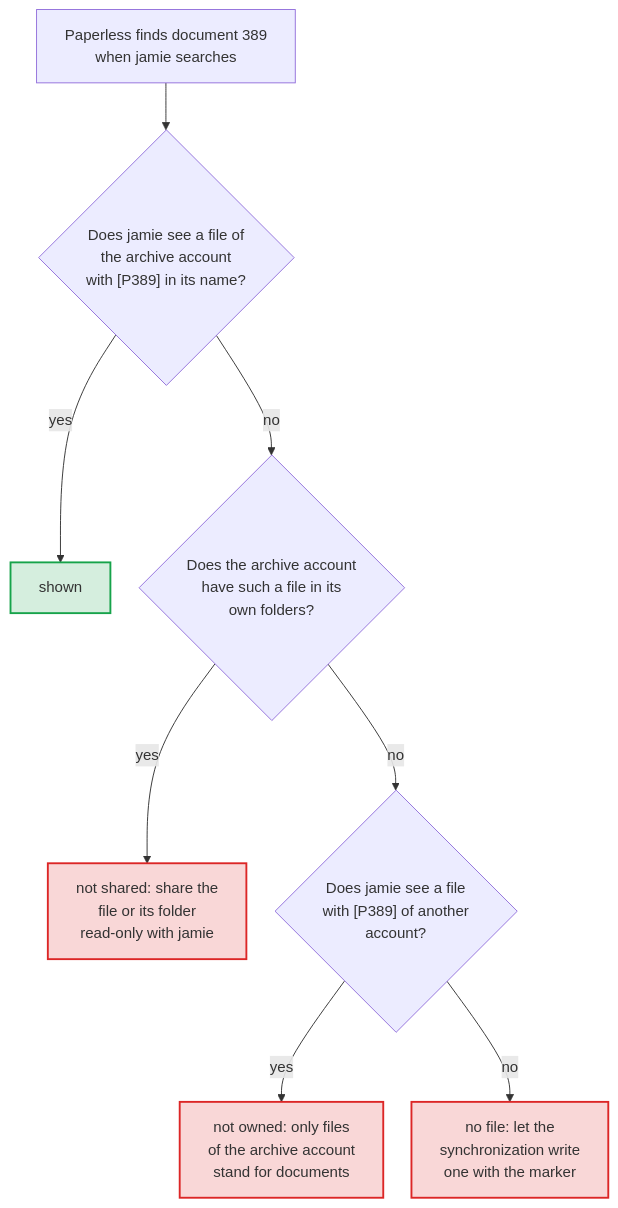
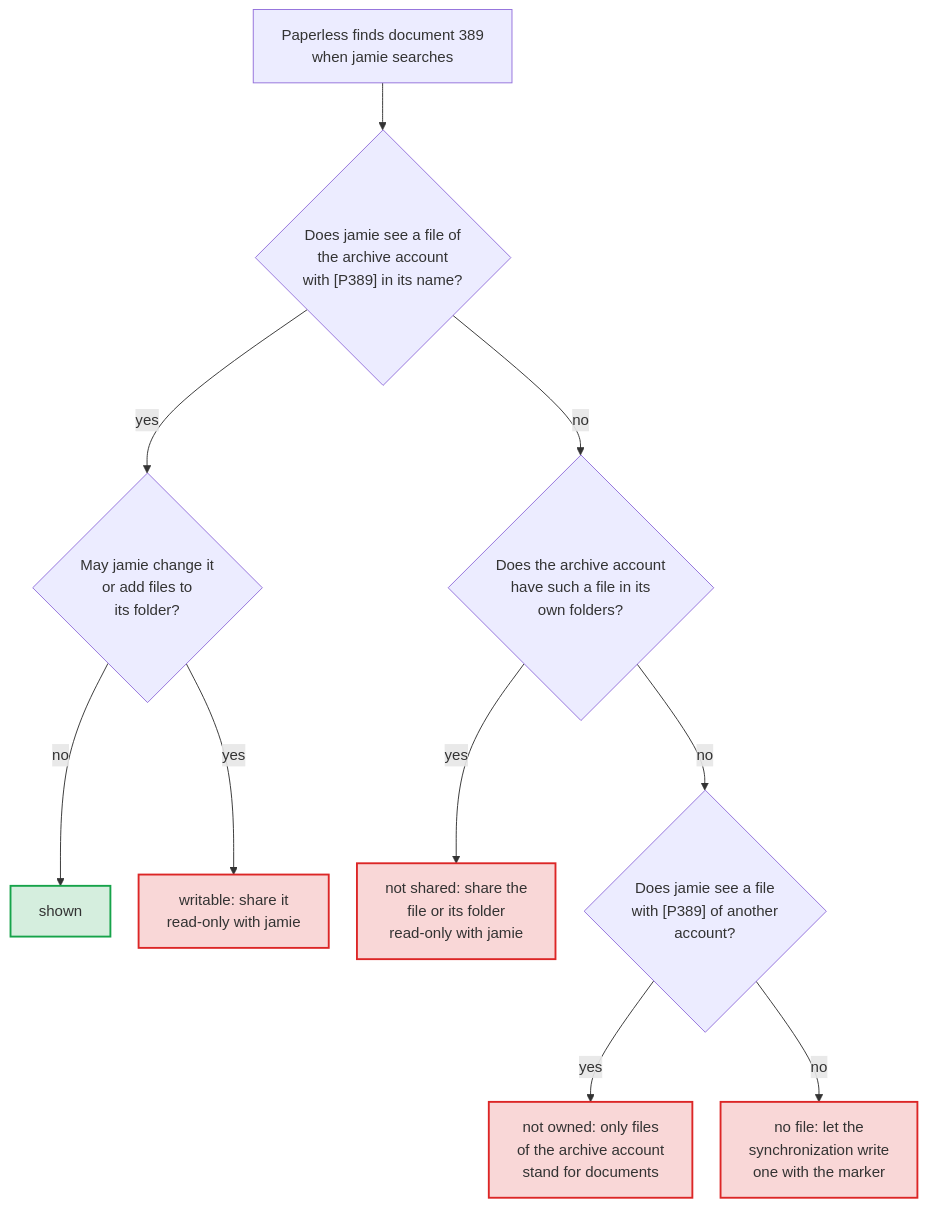
The diagram in docs/diagrams/why-a-document-does-not-show.mmd (Dennis-Otto/paperless-unified-search), drawn with Mermaid before and after one commit. The commit also changed 60 other files, not shown here.

First line of the commit message:
fix(search): count only read-only shared files of the archive, and show administrators who the archive is shared with (#224)

```diff
--- a/docs/diagrams/why-a-document-does-not-show.mmd
+++ b/docs/diagrams/why-a-document-does-not-show.mmd
@@ -1,22 +1,24 @@
 ---
 config:
   flowchart:
     wrappingWidth: 400
     nodeSpacing: 30
 ---
 flowchart TB
     accTitle: Why a document does not show
-    accDescr: Paperless finds document 389 when jamie searches, and occ paperless_unified_search:search jamie invoice --explain asks three questions in turn. Does jamie see a file of the archive account with [P389] in its name? Then the document shows. Otherwise, does the archive account have such a file in its own folders? Then it is not shared with jamie, and sharing the file or its folder read-only with jamie shows it. Otherwise, does jamie see a file with the marker of another account? Then it is not owned, since only files of the archive account stand for documents. Otherwise there is no file, and the synchronization has yet to write one with the marker in its name.
+    accDescr: Paperless finds document 389 when jamie searches, and occ paperless_unified_search:search jamie invoice --explain asks four questions in turn. Does jamie see a file of the archive account with [P389] in its name? Then the document shows, unless jamie may change that file or add files to its folder: then it is writable, since jamie could have named it so, and sharing it read-only with jamie shows it. Otherwise, does the archive account have such a file in its own folders? Then it is not shared with jamie, and sharing the file or its folder read-only with jamie shows it. Otherwise, does jamie see a file with the marker of another account? Then it is not owned, since only files of the archive account stand for documents. Otherwise there is no file, and the synchronization has yet to write one with the marker in its name.
 
     hit["Paperless finds document 389<br>when jamie searches"] --> visible{"Does jamie see a file of<br>the archive account<br>with [P389] in its name?"}
-    visible -- "yes" --> shown["shown"]
+    visible -- "yes" --> writable{"May jamie change it<br>or add files to<br>its folder?"}
+    writable -- "no" --> shown["shown"]
+    writable -- "yes" --> written["writable: share it<br>read-only with jamie"]
     visible -- "no" --> archived{"Does the archive account<br>have such a file in its<br>own folders?"}
     archived -- "yes" --> unshared["not shared: share the<br>file or its folder<br>read-only with jamie"]
     archived -- "no" --> other{"Does jamie see a file<br>with [P389] of another<br>account?"}
     other -- "yes" --> unowned["not owned: only files<br>of the archive account<br>stand for documents"]
     other -- "no" --> missing["no file: let the<br>synchronization write<br>one with the marker"]
 
     classDef yes fill:#16a34a2e,stroke:#16a34a,stroke-width:2px
     classDef no fill:#dc26262e,stroke:#dc2626,stroke-width:2px
     class shown yes
-    class unshared,unowned,missing no
+    class written,unshared,unowned,missing no
```
